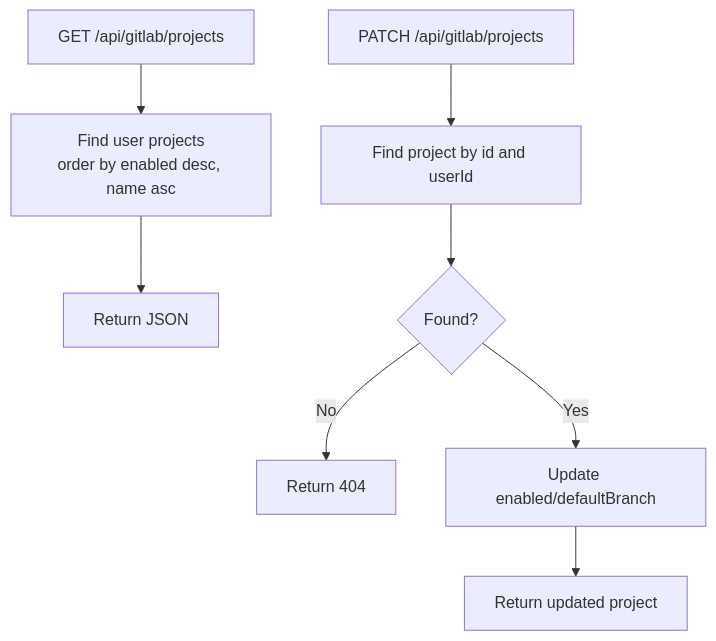
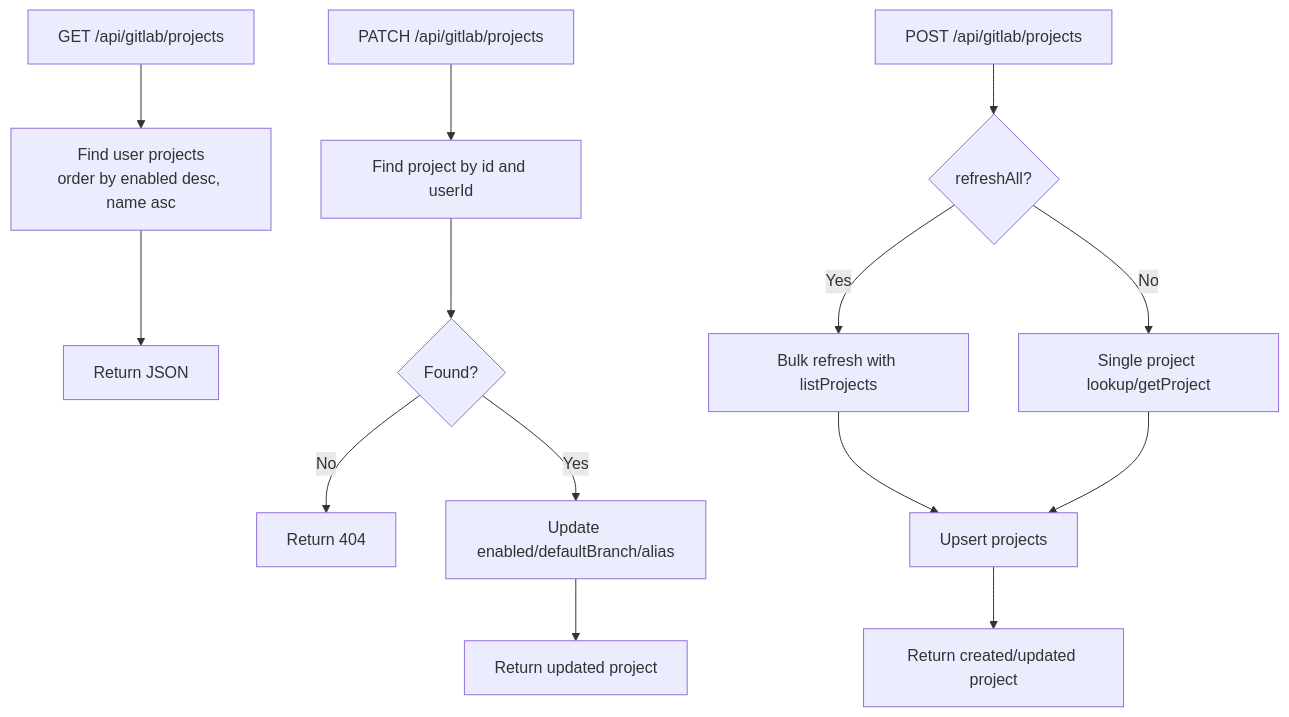
The sixth of 10 diagrams in .qoder/repowiki/en/content/Report Generation System/GitLab Integration.md (jrj444/git-daily), drawn with Mermaid before and after one commit. The commit also changed other lines of this file and 26 other files, not shown here.

````diff
--- a/.qoder/repowiki/en/content/Report Generation System/GitLab Integration.md
+++ b/.qoder/repowiki/en/content/Report Generation System/GitLab Integration.md
@@ -245,10 +274,16 @@
 ```mermaid
 flowchart TD
 L["GET /api/gitlab/projects"] --> Q["Find user projects<br/>order by enabled desc, name asc"]
 Q --> R["Return JSON"]
 U["PATCH /api/gitlab/projects"] --> F["Find project by id and userId"]
 F --> Exists{"Found?"}
 Exists -- "No" --> E404["Return 404"]
-Exists -- "Yes" --> Save["Update enabled/defaultBranch"]
+Exists -- "Yes" --> Save["Update enabled/defaultBranch/alias"]
 Save --> OK["Return updated project"]
+A["POST /api/gitlab/projects"] --> Check{"refreshAll?"}
+Check -- "Yes" --> Bulk["Bulk refresh with listProjects"]
+Check -- "No" --> Single["Single project lookup/getProject"]
+Bulk --> Upsert["Upsert projects"]
+Single --> Upsert
+Upsert --> Return["Return created/updated project"]
 ```
````
